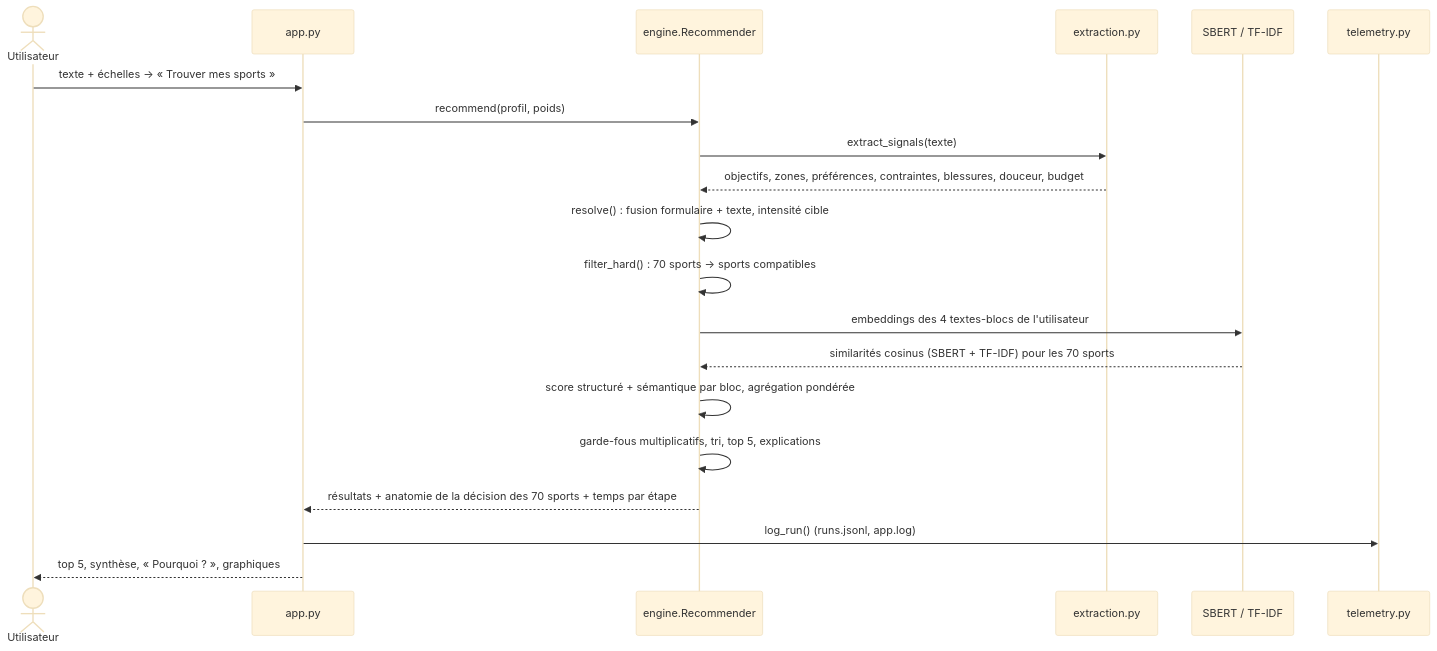
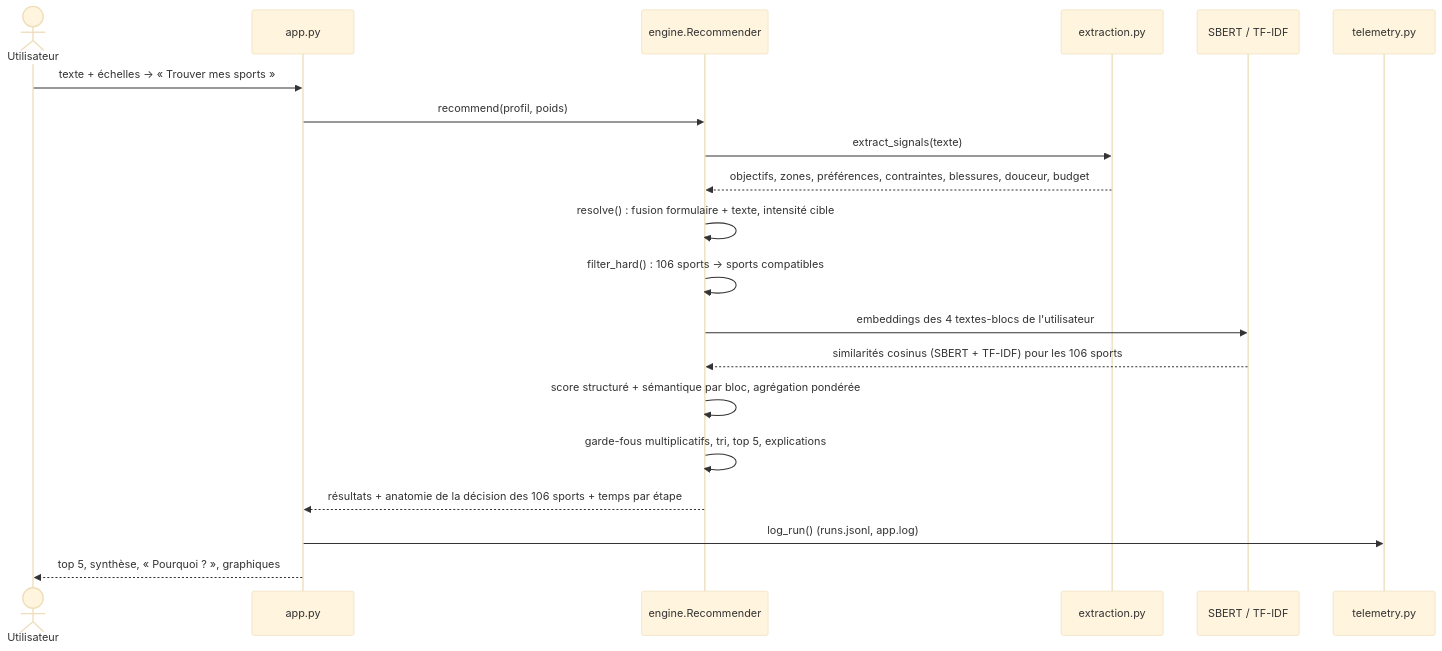
The fifth of 6 diagrams in README.md (AntoineLal/ECE-Projet-NLP), drawn with Mermaid (base theme) before and after one commit. The commit also changed other lines of this file and 7 other files, not shown here.

````diff
--- a/README.md
+++ b/README.md
@@ -193,23 +194,23 @@
 ```mermaid
 sequenceDiagram
     actor U as Utilisateur
     participant A as app.py
     participant E as engine.Recommender
     participant X as extraction.py
     participant S as SBERT / TF-IDF
     participant T as telemetry.py
 
     U->>A: texte + échelles → « Trouver mes sports »
     A->>E: recommend(profil, poids)
     E->>X: extract_signals(texte)
     X-->>E: objectifs, zones, préférences, contraintes, blessures, douceur, budget
     E->>E: resolve() : fusion formulaire + texte, intensité cible
-    E->>E: filter_hard() : 70 sports → sports compatibles
+    E->>E: filter_hard() : 106 sports → sports compatibles
     E->>S: embeddings des 4 textes-blocs de l'utilisateur
-    S-->>E: similarités cosinus (SBERT + TF-IDF) pour les 70 sports
+    S-->>E: similarités cosinus (SBERT + TF-IDF) pour les 106 sports
     E->>E: score structuré + sémantique par bloc, agrégation pondérée
     E->>E: garde-fous multiplicatifs, tri, top 5, explications
-    E-->>A: résultats + anatomie de la décision des 70 sports + temps par étape
+    E-->>A: résultats + anatomie de la décision des 106 sports + temps par étape
     A->>T: log_run() (runs.jsonl, app.log)
     A-->>U: top 5, synthèse, « Pourquoi ? », graphiques
 ```
````
